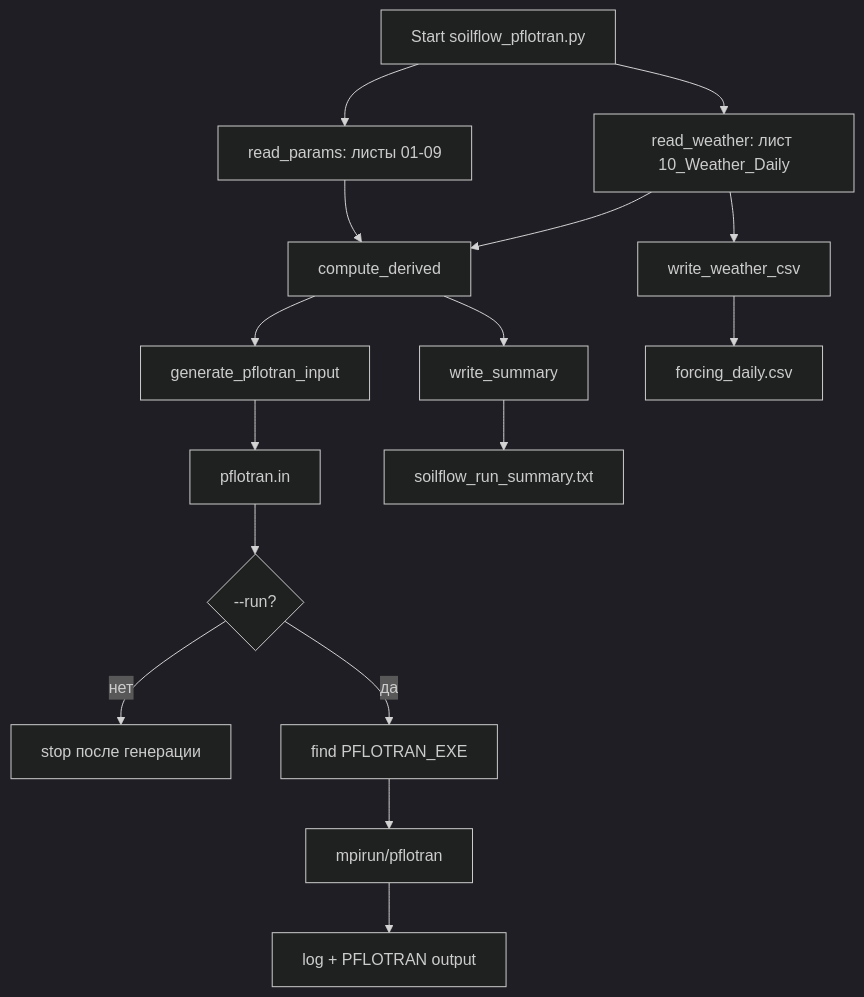
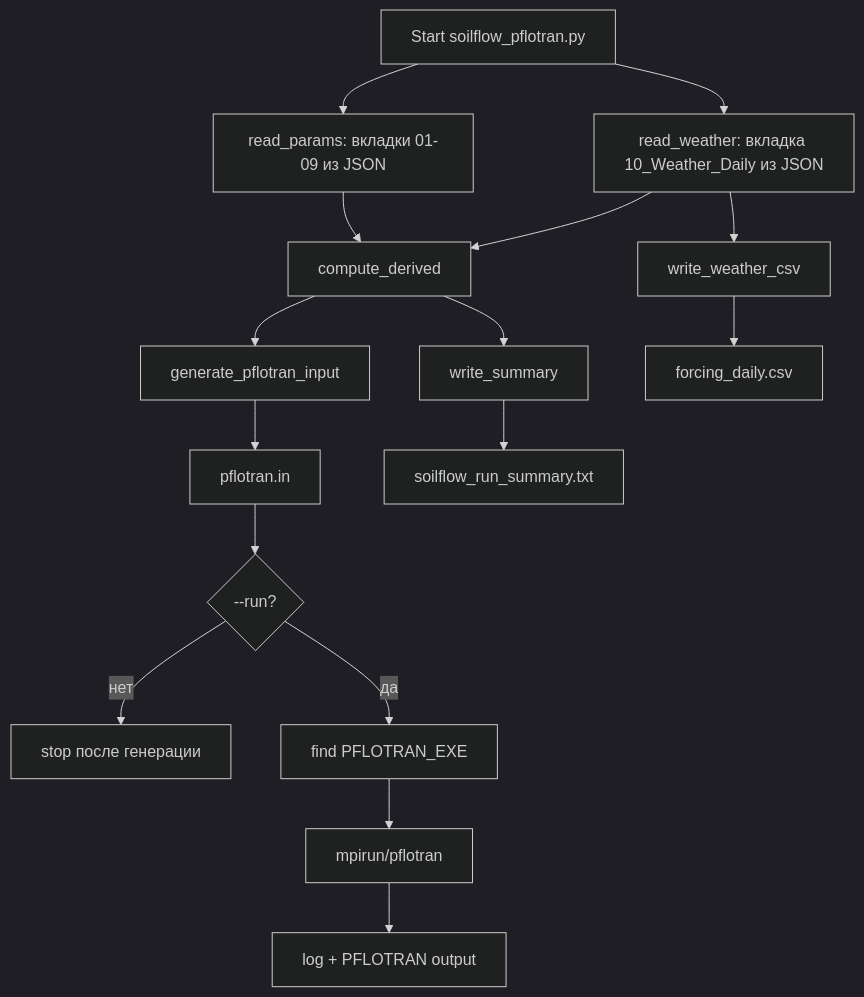
One commit to kornix-tech/water_flow changed the second of 2 diagrams in pflotran_soilflow_docker_tested/docs/SCHEMA_ALGORITHM_COMPONENTS_RU.md. Above: the diagram before and after it, drawn with Mermaid (dark theme). The commit also changed other lines of this file and 21 other files, not shown here.

````diff
--- a/pflotran_soilflow_docker_tested/docs/SCHEMA_ALGORITHM_COMPONENTS_RU.md
+++ b/pflotran_soilflow_docker_tested/docs/SCHEMA_ALGORITHM_COMPONENTS_RU.md
@@ -85,18 +85,18 @@
 ```mermaid
 flowchart TD
-    A[Start soilflow_pflotran.py] --> B[read_params: листы 01-09]
-    A --> C[read_weather: лист 10_Weather_Daily]
+    A[Start soilflow_pflotran.py] --> B[read_params: вкладки 01-09 из JSON]
+    A --> C[read_weather: вкладка 10_Weather_Daily из JSON]
     B --> D[compute_derived]
     C --> D
     D --> E[generate_pflotran_input]
     C --> F[write_weather_csv]
     D --> G[write_summary]
     E --> H[pflotran.in]
     F --> I[forcing_daily.csv]
     G --> J[soilflow_run_summary.txt]
     H --> K{--run?}
     K -- нет --> L[stop после генерации]
     K -- да --> M[find PFLOTRAN_EXE]
     M --> N[mpirun/pflotran]
     N --> O[log + PFLOTRAN output]
 ```
````
